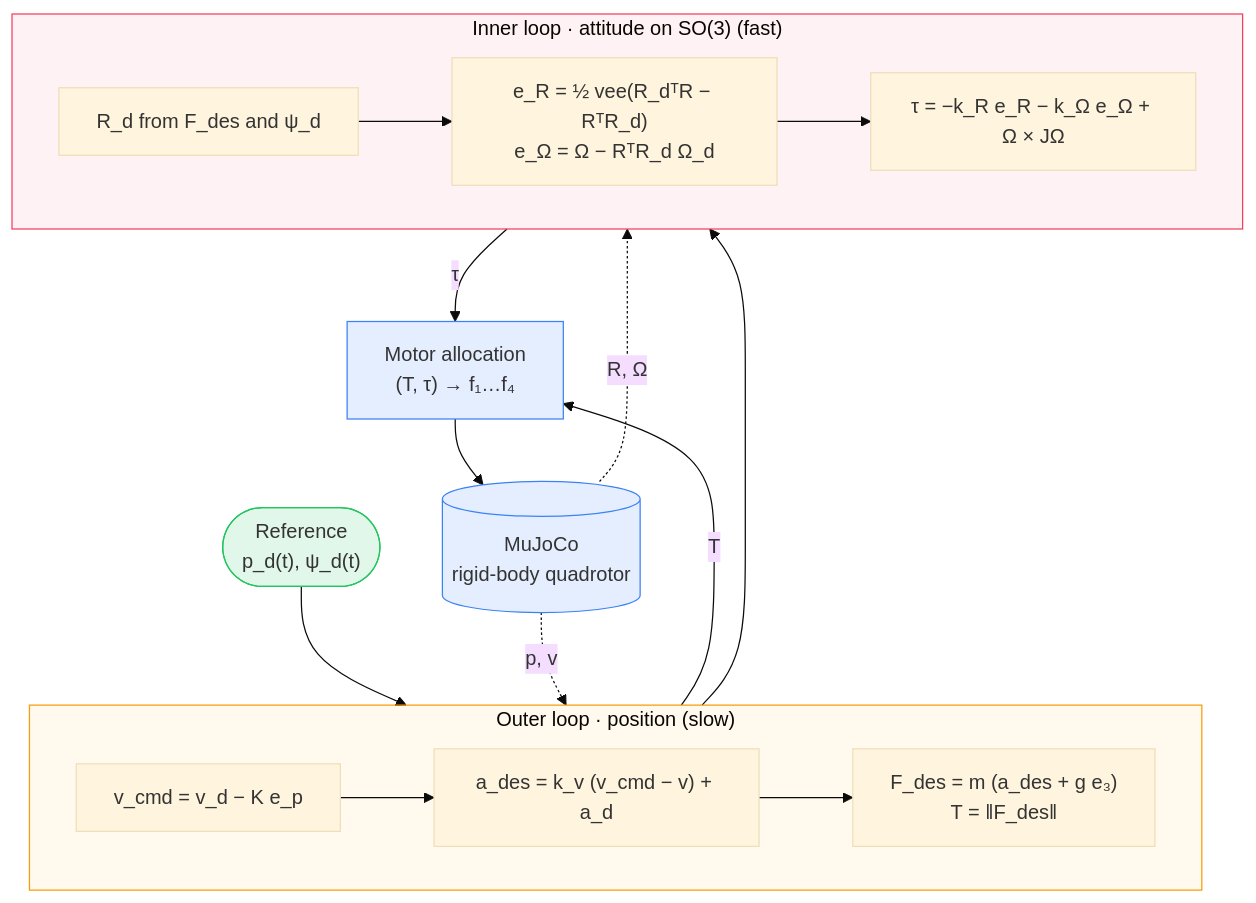
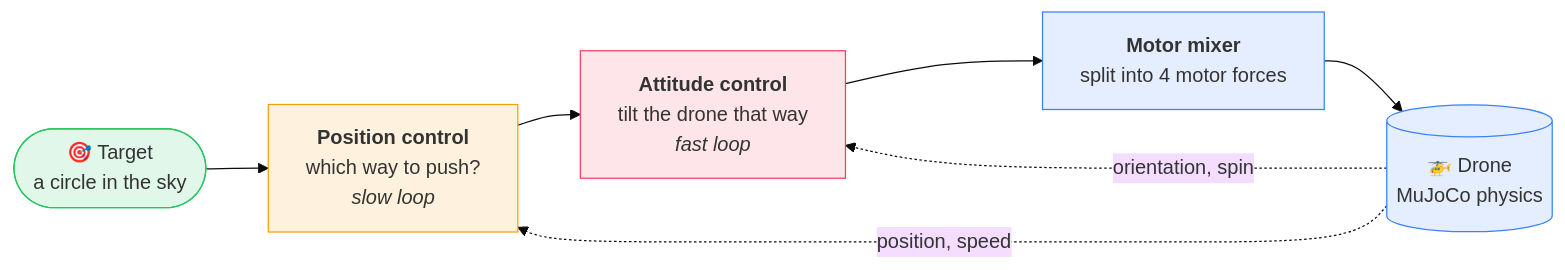
The first of 2 diagrams in README.md (ViDem02/MCAV), drawn with Mermaid (base theme) before and after one commit.

````diff
--- a/README.md
+++ b/README.md
@@ -41,32 +41,17 @@
 ```mermaid
-flowchart TB
-    REF(["Reference<br/>p_d(t), ψ_d(t)"]):::ref
+flowchart LR
+    REF(["🎯 Target<br/>a circle in the sky"]):::ref
+    POS["<b>Position control</b><br/>which way to push?<br/><i>slow loop</i>"]:::outer
+    ATT["<b>Attitude control</b><br/>tilt the drone that way<br/><i>fast loop</i>"]:::inner
+    MIX["<b>Motor mixer</b><br/>split into 4 motor forces"]:::hw
+    DRONE[("🚁 Drone<br/>MuJoCo physics")]:::hw
 
-    subgraph OUTER["Outer loop · position (slow)"]
-        direction LR
-        P["v_cmd = v_d − K e_p"] --> V["a_des = k_v (v_cmd − v) + a_d"]
-        V --> F["F_des = m (a_des + g e₃)<br/>T = ‖F_des‖"]
-    end
-
-    subgraph INNER["Inner loop · attitude on SO(3) (fast)"]
-        direction LR
-        RD["R_d from F_des and ψ_d"] --> ER["e_R = ½ vee(R_dᵀR − RᵀR_d)<br/>e_Ω = Ω − RᵀR_d Ω_d"]
-        ER --> TAU["τ = −k_R e_R − k_Ω e_Ω + Ω × JΩ"]
-    end
-
-    MIX["Motor allocation<br/>(T, τ) → f₁…f₄"]:::hw
-    SIM[("MuJoCo<br/>rigid-body quadrotor")]:::hw
-
-    REF --> P
-    F --> RD
-    F -- "T" --> MIX
-    TAU -- "τ" --> MIX
-    MIX --> SIM
-    SIM -. "p, v" .-> P
-    SIM -. "R, Ω" .-> ER
+    REF --> POS --> ATT --> MIX --> DRONE
+    DRONE -. "position, speed" .-> POS
+    DRONE -. "orientation, spin" .-> ATT
 
     classDef ref fill:#22c55e22,stroke:#22c55e
+    classDef outer fill:#f59e0b22,stroke:#f59e0b
+    classDef inner fill:#f43f5e22,stroke:#f43f5e
     classDef hw fill:#3b82f622,stroke:#3b82f6
-    style OUTER fill:#f59e0b11,stroke:#f59e0b
-    style INNER fill:#f43f5e11,stroke:#f43f5e
 ```
````
